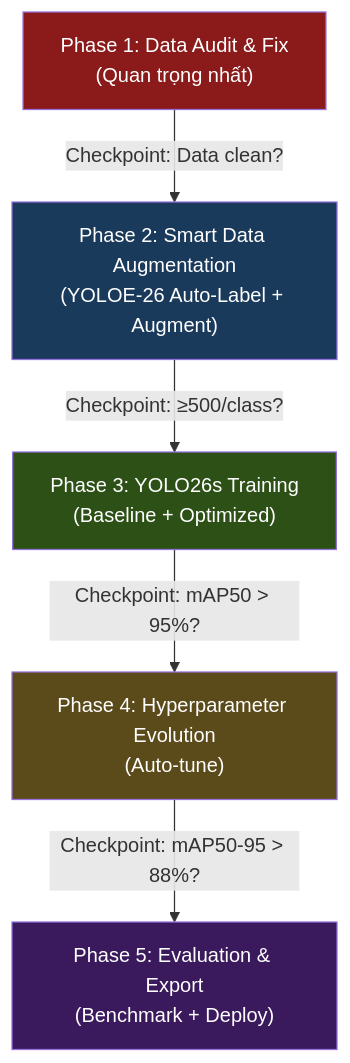
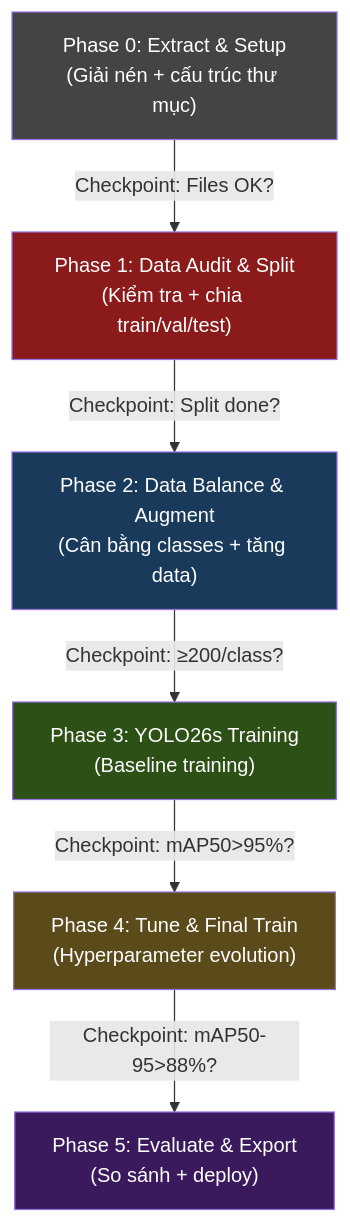
Before and after one commit to 42200550-eng/Yolo26_Computer_Vision: the diagram in implementation_plan.md, drawn with Mermaid. The commit also changed other lines of this file and 15 other files, not shown here.

````diff
--- a/implementation_plan.md
+++ b/implementation_plan.md
@@ -32,19 +36,22 @@
 ```mermaid
 flowchart TB
-    P1["Phase 1: Data Audit & Fix\n(Quan trọng nhất)"]
-    P2["Phase 2: Smart Data Augmentation\n(YOLOE-26 Auto-Label + Augment)"]
-    P3["Phase 3: YOLO26s Training\n(Baseline + Optimized)"]
-    P4["Phase 4: Hyperparameter Evolution\n(Auto-tune)"]
-    P5["Phase 5: Evaluation & Export\n(Benchmark + Deploy)"]
+    P0["Phase 0: Extract & Setup\n(Giải nén + cấu trúc thư mục)"]
+    P1["Phase 1: Data Audit & Split\n(Kiểm tra + chia train/val/test)"]
+    P2["Phase 2: Data Balance & Augment\n(Cân bằng classes + tăng data)"]
+    P3["Phase 3: YOLO26s Training\n(Baseline training)"]
+    P4["Phase 4: Tune & Final Train\n(Hyperparameter evolution)"]
+    P5["Phase 5: Evaluate & Export\n(So sánh + deploy)"]
     
-    P1 -->|"Checkpoint: Data clean?"| P2
-    P2 -->|"Checkpoint: ≥500/class?"| P3
-    P3 -->|"Checkpoint: mAP50 > 95%?"| P4
-    P4 -->|"Checkpoint: mAP50-95 > 88%?"| P5
+    P0 -->|"Checkpoint: Files OK?"| P1
+    P1 -->|"Checkpoint: Split done?"| P2
+    P2 -->|"Checkpoint: ≥200/class?"| P3
+    P3 -->|"Checkpoint: mAP50>95%?"| P4
+    P4 -->|"Checkpoint: mAP50-95>88%?"| P5
     
+    style P0 fill:#444,color:#fff
     style P1 fill:#8b1a1a,color:#fff
     style P2 fill:#1a3a5c,color:#fff
     style P3 fill:#2d5016,color:#fff
     style P4 fill:#5c4b1a,color:#fff
     style P5 fill:#3a1a5c,color:#fff
 ```
````
